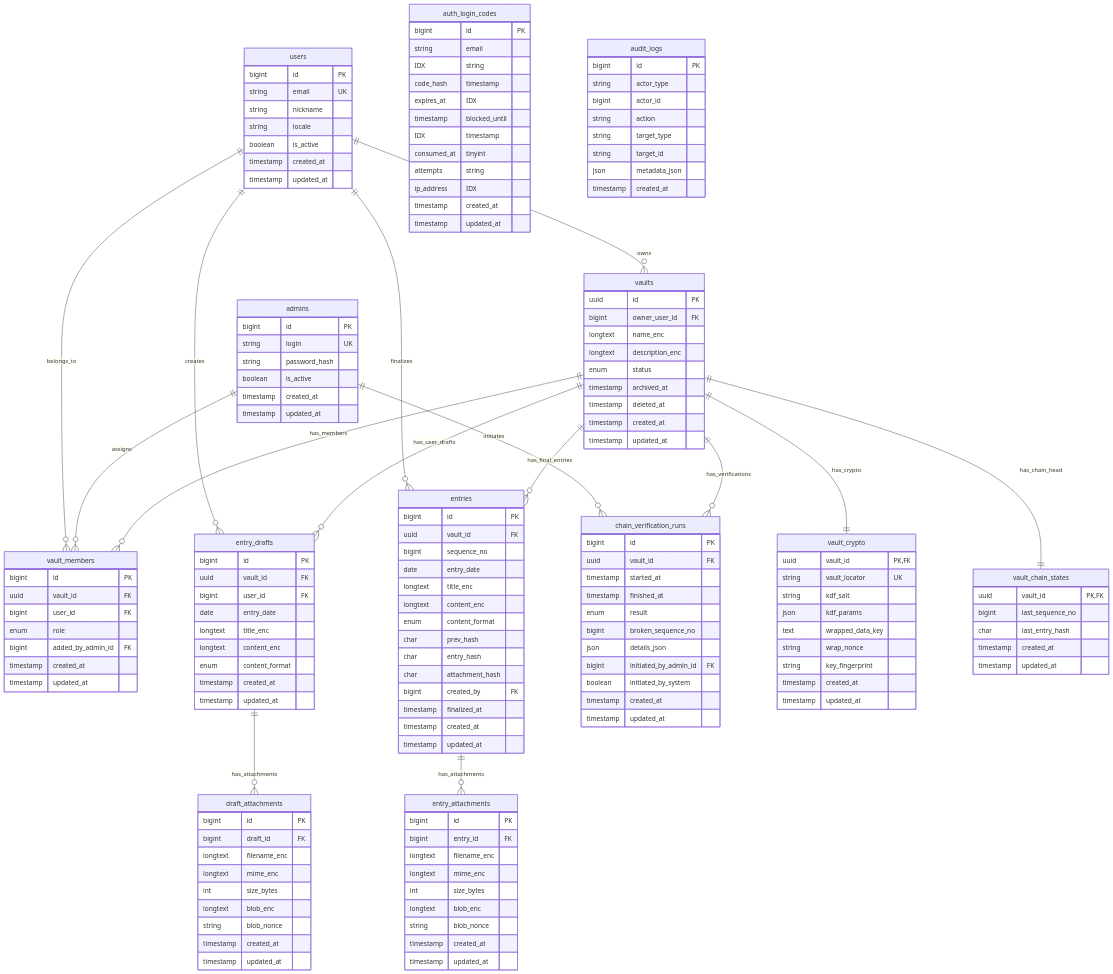
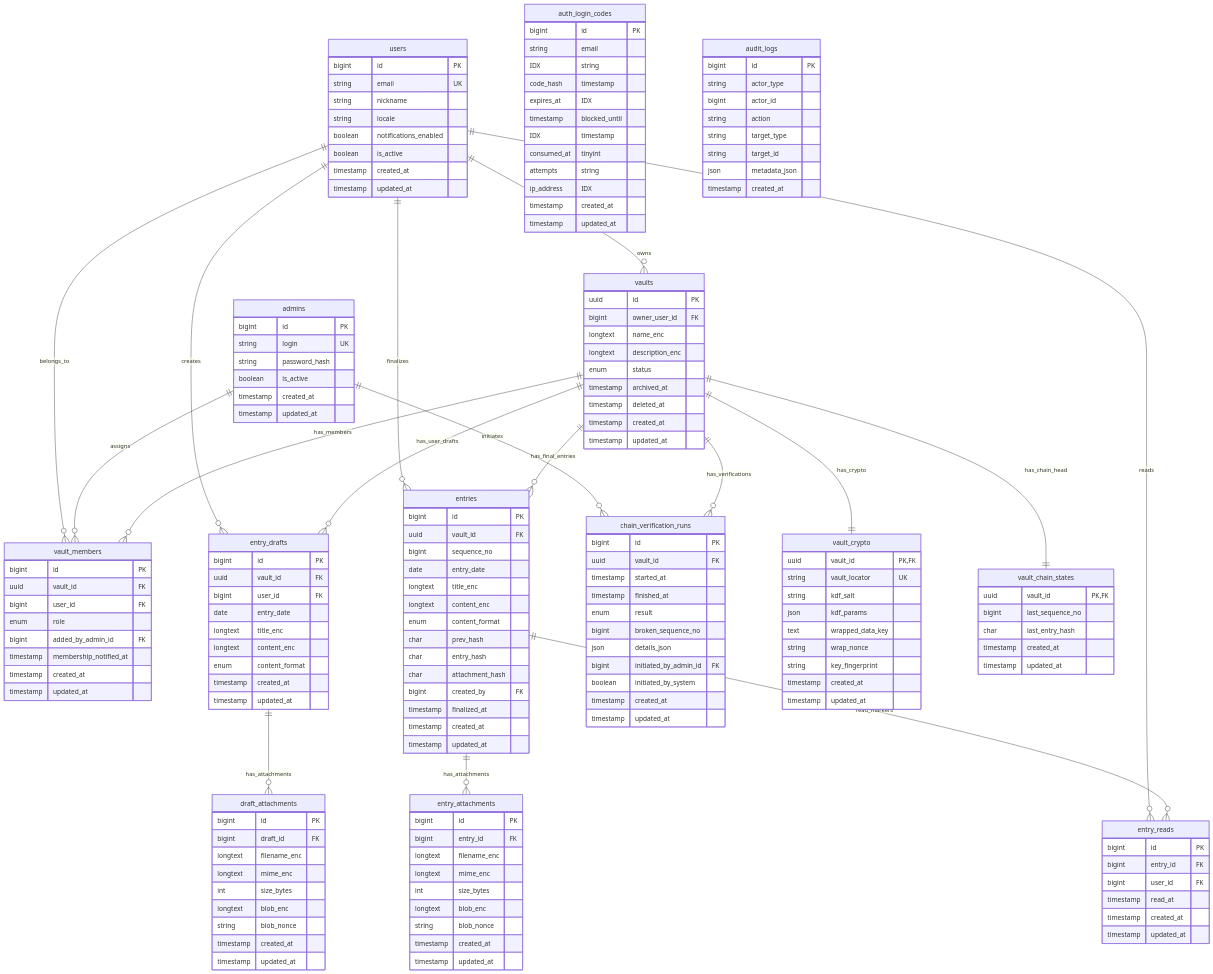
Before and after one commit to evilprophet/cryptosik: the diagram in docs/erd.md, drawn with Mermaid. The commit also changed other lines of this file and 5 other files, not shown here.

```diff
--- a/docs/erd.md
+++ b/docs/erd.md
@@ -11,6 +11,7 @@
     users ||--o{ vault_members : belongs_to
     users ||--o{ entry_drafts : creates
     users ||--o{ entries : finalizes
+    users ||--o{ entry_reads : reads
 
     admins ||--o{ vault_members : assigns
     admins ||--o{ chain_verification_runs : initiates
@@ -24,12 +25,14 @@
 
     entry_drafts ||--o{ draft_attachments : has_attachments
     entries ||--o{ entry_attachments : has_attachments
+    entries ||--o{ entry_reads : read_markers
 
     users {
         bigint id PK
         string email UK
         string nickname
         string locale
+        boolean notifications_enabled
         boolean is_active
         timestamp created_at
         timestamp updated_at
@@ -75,6 +78,7 @@
         bigint user_id FK
         enum role
         bigint added_by_admin_id FK
+        timestamp membership_notified_at
         timestamp created_at
         timestamp updated_at
     }
@@ -144,6 +148,15 @@
         timestamp updated_at
     }
 
+    entry_reads {
+        bigint id PK
+        bigint entry_id FK
+        bigint user_id FK
+        timestamp read_at
+        timestamp created_at
+        timestamp updated_at
+    }
+
     vault_chain_states {
         uuid vault_id PK,FK
         bigint last_sequence_no
```
